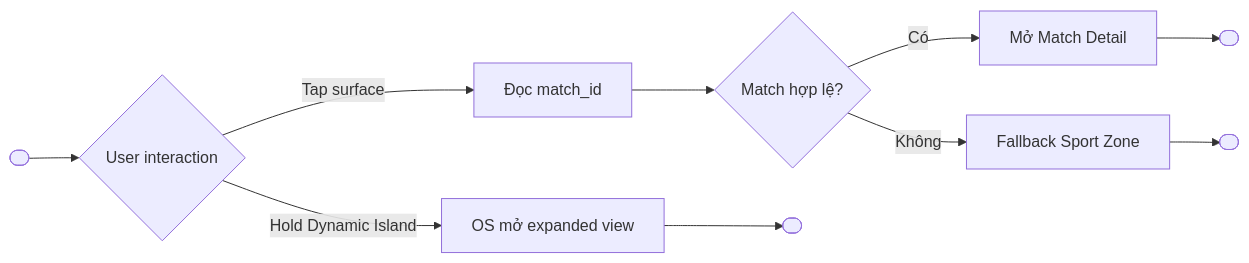
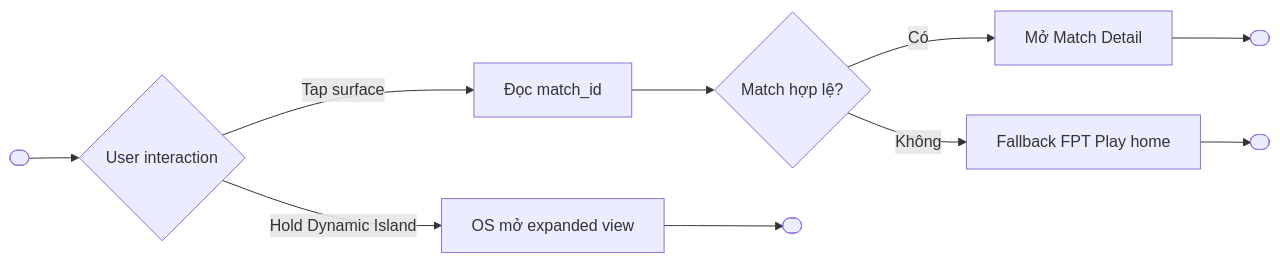
Before and after one commit to duongdang1136/FPTPLay: the sixth of 6 diagrams in features/final-docs/Sport-Zone/Live-Activity/product/Live-Activity-Change-Draft.md, drawn with Mermaid. The commit also changed other lines of this file, not shown here.

````diff
--- a/features/final-docs/Sport-Zone/Live-Activity/product/Live-Activity-Change-Draft.md
+++ b/features/final-docs/Sport-Zone/Live-Activity/product/Live-Activity-Change-Draft.md
@@ -504,12 +504,12 @@
 ```mermaid
 flowchart LR
  Start([" "]) --> A{"User interaction"}
  A -- "Hold Dynamic Island" --> B["OS mở expanded view"]
  A -- "Tap surface" --> C["Đọc match_id"]
  C --> D{"Match hợp lệ?"}
  D -- "Có" --> E["Mở Match Detail"]
- D -- "Không" --> F["Fallback Sport Zone"]
+ D -- "Không" --> F["Fallback FPT Play home"]
  B --> End1([" "])
  E --> End2([" "])
  F --> End3([" "])
 ```
````
